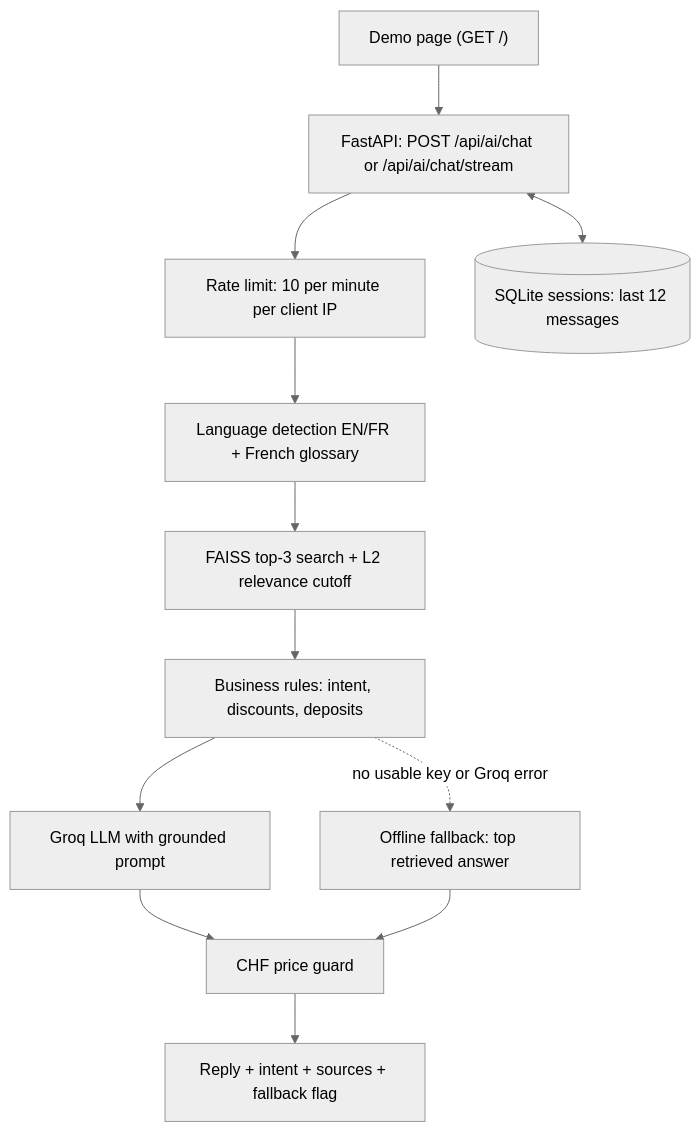
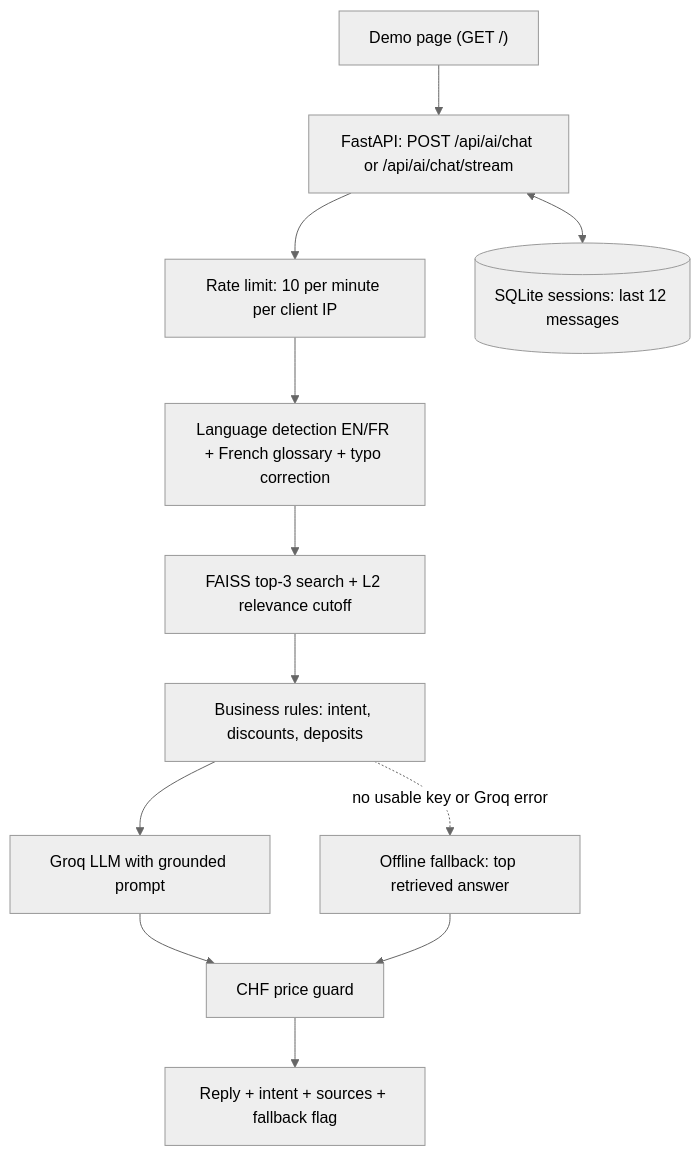
One commit to ameema28/celine-chatbot-rag-backend changed the diagram in README.md. Above: the diagram before and after it, drawn with Mermaid (neutral theme). The commit also changed other lines of this file and 2 other files, not shown here.

````diff
--- a/README.md
+++ b/README.md
@@ -36,14 +37,14 @@
 ```mermaid
 flowchart TD
     DEMO["Demo page (GET /)"] --> API["FastAPI: POST /api/ai/chat or /api/ai/chat/stream"]
     API --> RL["Rate limit: 10 per minute per client IP"]
-    RL --> LANG["Language detection EN/FR + French glossary"]
+    RL --> LANG["Language detection EN/FR + French glossary + typo correction"]
     LANG --> FAISS["FAISS top-3 search + L2 relevance cutoff"]
     FAISS --> RULES["Business rules: intent, discounts, deposits"]
     RULES --> LLM["Groq LLM with grounded prompt"]
     RULES -. "no usable key or Groq error" .-> FALL["Offline fallback: top retrieved answer"]
     LLM --> GUARD["CHF price guard"]
     FALL --> GUARD
     GUARD --> REPLY["Reply + intent + sources + fallback flag"]
     API <--> DB[("SQLite sessions: last 12 messages")]
 ```
````
